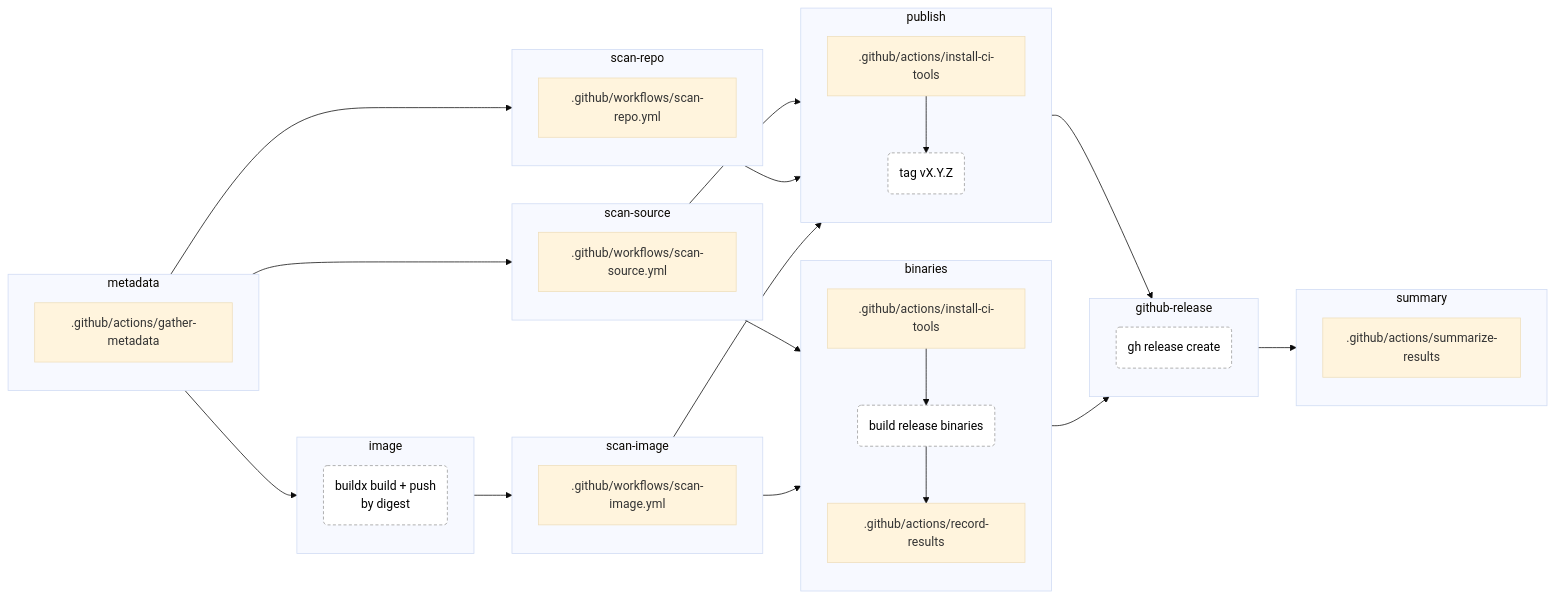
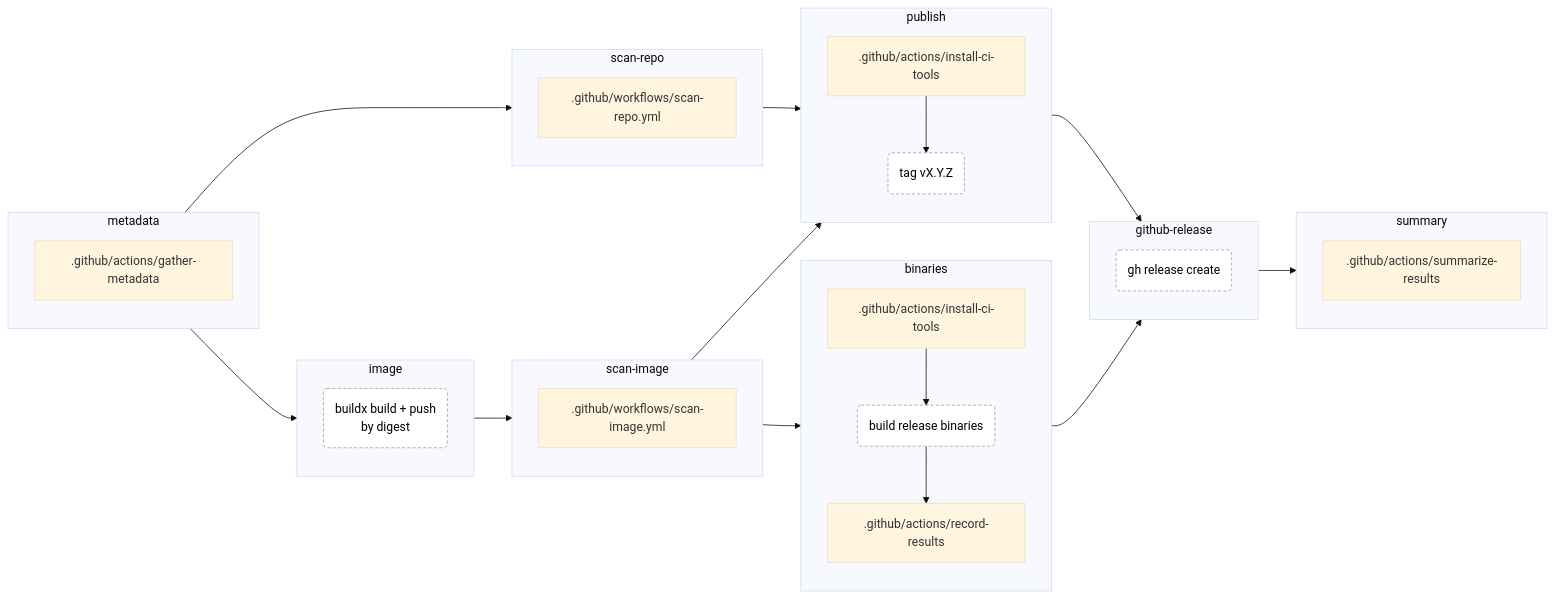
The fourth of 7 diagrams in docs/GITHUB.md (YoyoBesser/echo-pong), drawn with Mermaid (base theme) before and after one commit. The commit also changed other lines of this file and 19 other files, not shown here.

````diff
--- a/docs/GITHUB.md
+++ b/docs/GITHUB.md
@@ -166,57 +159,50 @@
 ```mermaid
 flowchart LR
   classDef do fill:#fff,stroke:#999,stroke-dasharray:4 3,color:#000
   subgraph j_metadata["metadata"]
     direction TB
     j_metadata_0[.github/actions/gather-metadata]
   end
   subgraph j_image["image"]
     direction TB
     j_image_0("buildx build + push<br>by digest"):::do
-  end
-  subgraph j_scan_source["scan-source"]
-    direction TB
-    j_scan_source_0[.github/workflows/scan-source.yml]
   end
   subgraph j_scan_repo["scan-repo"]
     direction TB
     j_scan_repo_0[.github/workflows/scan-repo.yml]
   end
   subgraph j_scan_image["scan-image"]
     direction TB
     j_scan_image_0[.github/workflows/scan-image.yml]
   end
   subgraph j_publish["publish"]
     direction TB
     j_publish_0[.github/actions/install-ci-tools]
     j_publish_1("tag vX.Y.Z"):::do
     j_publish_0 --> j_publish_1
   end
   subgraph j_binaries["binaries"]
     direction TB
     j_binaries_0[.github/actions/install-ci-tools]
     j_binaries_1("build release binaries"):::do
     j_binaries_2[.github/actions/record-results]
     j_binaries_0 --> j_binaries_1 --> j_binaries_2
   end
   subgraph j_github_release["github-release"]
     direction TB
     j_github_release_0("gh release create"):::do
   end
   subgraph j_summary["summary"]
     direction TB
     j_summary_0[.github/actions/summarize-results]
   end
   j_metadata --> j_image
-  j_metadata --> j_scan_source
   j_metadata --> j_scan_repo
   j_image --> j_scan_image
-  j_scan_source --> j_publish
   j_scan_repo --> j_publish
   j_scan_image --> j_publish
-  j_scan_source --> j_binaries
   j_scan_image --> j_binaries
   j_publish --> j_github_release
   j_binaries --> j_github_release
   j_github_release --> j_summary
 ```
````
